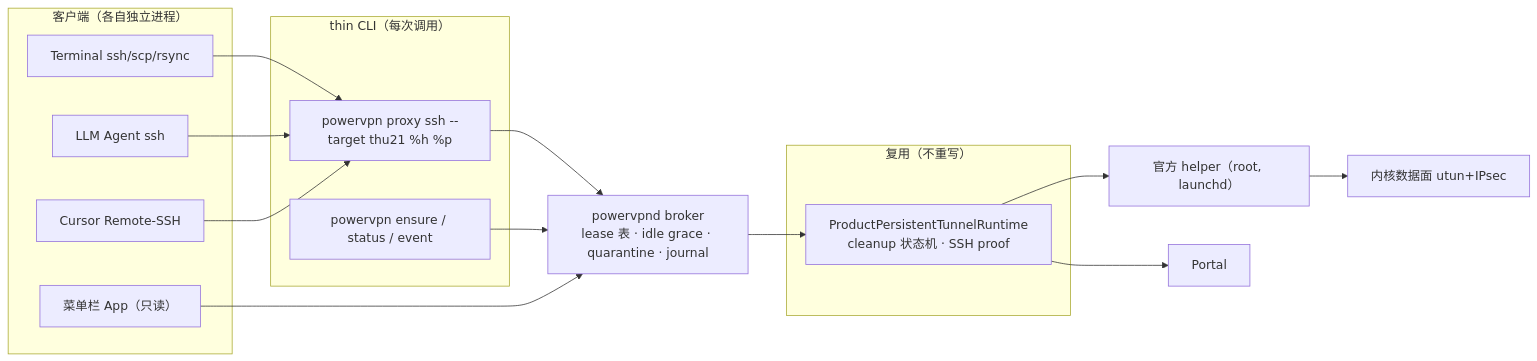
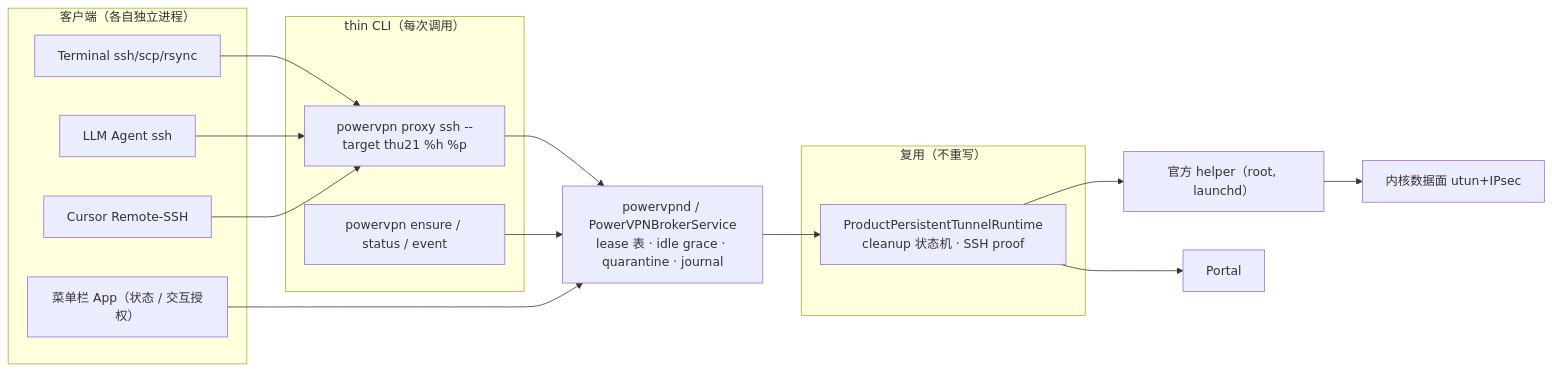
Before and after one commit to hhh2210/powervpn-cli: the diagram in docs/design/broker-architecture.md, drawn with Mermaid. The commit also changed other lines of this file and 13 other files, not shown here.

````diff
--- a/docs/design/broker-architecture.md
+++ b/docs/design/broker-architecture.md
@@ -150,25 +156,25 @@
 ```mermaid
 flowchart LR
   subgraph clients["客户端（各自独立进程）"]
     T["Terminal ssh/scp/rsync"]
     A["LLM Agent ssh"]
     C["Cursor Remote-SSH"]
-    M["菜单栏 App（只读）"]
+    M["菜单栏 App（状态 / 交互授权）"]
   end
   subgraph cli["thin CLI（每次调用）"]
     P["powervpn proxy ssh --target thu21 %h %p"]
     E["powervpn ensure / status / event"]
   end
-  B["powervpnd broker<br/>lease 表 · idle grace · quarantine · journal"]
+  B["powervpnd / PowerVPNBrokerService<br/>lease 表 · idle grace · quarantine · journal"]
   subgraph engine["复用（不重写）"]
     R["ProductPersistentTunnelRuntime<br/>cleanup 状态机 · SSH proof"]
   end
   H["官方 helper（root, launchd）"]
   K["内核数据面 utun+IPsec"]
   PO["Portal"]
   T & A & C --> P --> B
   E --> B
   M --> B
   B --> R --> H --> K
   R --> PO
 ```
````
